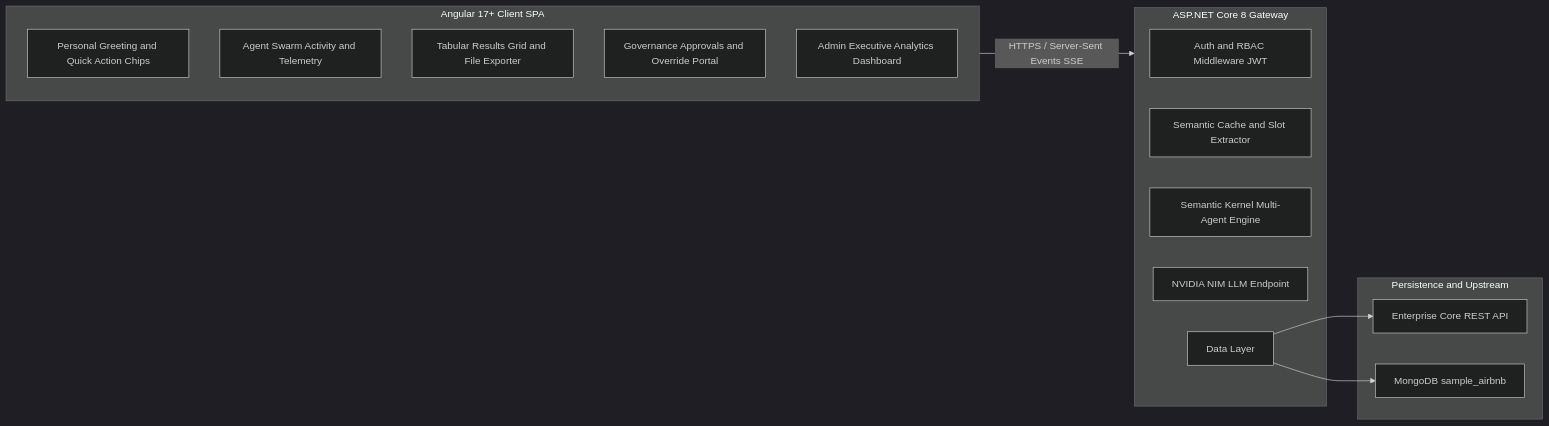
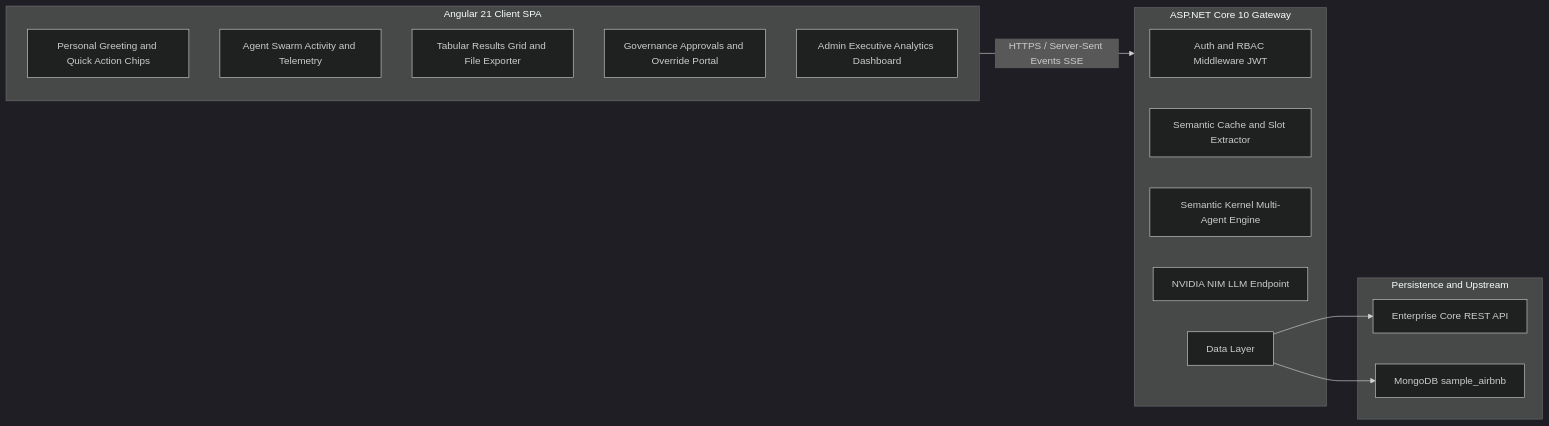
One commit to bikash-dotnet/MultiAgent-Mongo-NLP changed the second of 4 diagrams in docs/BRD.md. Above: the diagram before and after it, drawn with Mermaid (dark theme). The commit also changed other lines of this file and 10 other files, not shown here.

First line of the commit message:
docs: raise BRD runtime floor to .NET 10 and Angular 21

````diff
--- a/docs/BRD.md
+++ b/docs/BRD.md
@@ -135,27 +135,27 @@
 ```mermaid
 flowchart LR
-    subgraph Client["Angular 17+ Client SPA"]
+    subgraph Client["Angular 21 Client SPA"]
         C1["Personal Greeting and Quick Action Chips"]
         C2["Agent Swarm Activity and Telemetry"]
         C3["Tabular Results Grid and File Exporter"]
         C4["Governance Approvals and Override Portal"]
         C5["Admin Executive Analytics Dashboard"]
     end
 
-    subgraph Gateway["ASP.NET Core 8 Gateway"]
+    subgraph Gateway["ASP.NET Core 10 Gateway"]
         G1["Auth and RBAC Middleware JWT"]
         G2["Semantic Cache and Slot Extractor"]
         G3["Semantic Kernel Multi-Agent Engine"]
         G4["NVIDIA NIM LLM Endpoint"]
         G5["Data Layer"]
     end
 
     subgraph Data["Persistence and Upstream"]
         D1["Enterprise Core REST API"]
         D2["MongoDB sample_airbnb"]
     end
 
     Client -->|"HTTPS / Server-Sent Events SSE"| Gateway
     G5 --> D1
     G5 --> D2
 ```
````
